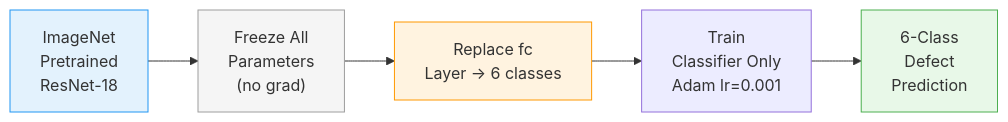
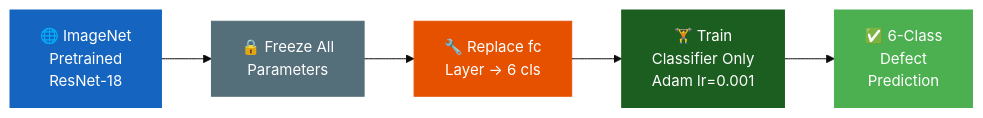
One commit to buttegggggggg/buttegggggggg.github.io changed the first of 4 diagrams in DL.qmd. Above: the diagram before and after it, drawn with Mermaid. The commit also changed other lines of this file and 1 other file, not shown here.

First line of the commit message:
Fix Mermaid diagrams: dark fill/white text, <br/> line breaks, width-constrained

````diff
--- a/DL.qmd
+++ b/DL.qmd
@@ -28,12 +28,17 @@
 ```{mermaid}
+%%{init: {"theme": "base", "themeVariables": {"fontSize": "15px"}}}%%
 flowchart LR
-    A["ImageNet\nPretrained\nResNet-18"] --> B["Freeze All\nParameters\n(no grad)"]
-    B --> C["Replace fc\nLayer → 6 classes"]
-    C --> D["Train\nClassifier Only\nAdam lr=0.001"]
-    D --> E["6-Class\nDefect\nPrediction"]
+    A["🌐 ImageNet<br/>Pretrained<br/>ResNet-18"]
+    B["🔒 Freeze All<br/>Parameters"]
+    C["🔧 Replace fc<br/>Layer → 6 cls"]
+    D["🏋️ Train<br/>Classifier Only<br/>Adam lr=0.001"]
+    E["✅ 6-Class<br/>Defect<br/>Prediction"]
 
-    style A fill:#e3f2fd,stroke:#2196F3
-    style B fill:#f5f5f5,stroke:#9E9E9E
-    style C fill:#fff3e0,stroke:#FF9800
-    style E fill:#e8f8e8,stroke:#4CAF50
+    A --> B --> C --> D --> E
+
+    style A fill:#1565C0,color:#ffffff,stroke:#1565C0
+    style B fill:#546E7A,color:#ffffff,stroke:#546E7A
+    style C fill:#E65100,color:#ffffff,stroke:#E65100
+    style D fill:#1B5E20,color:#ffffff,stroke:#1B5E20
+    style E fill:#4CAF50,color:#ffffff,stroke:#4CAF50
 ```
````
